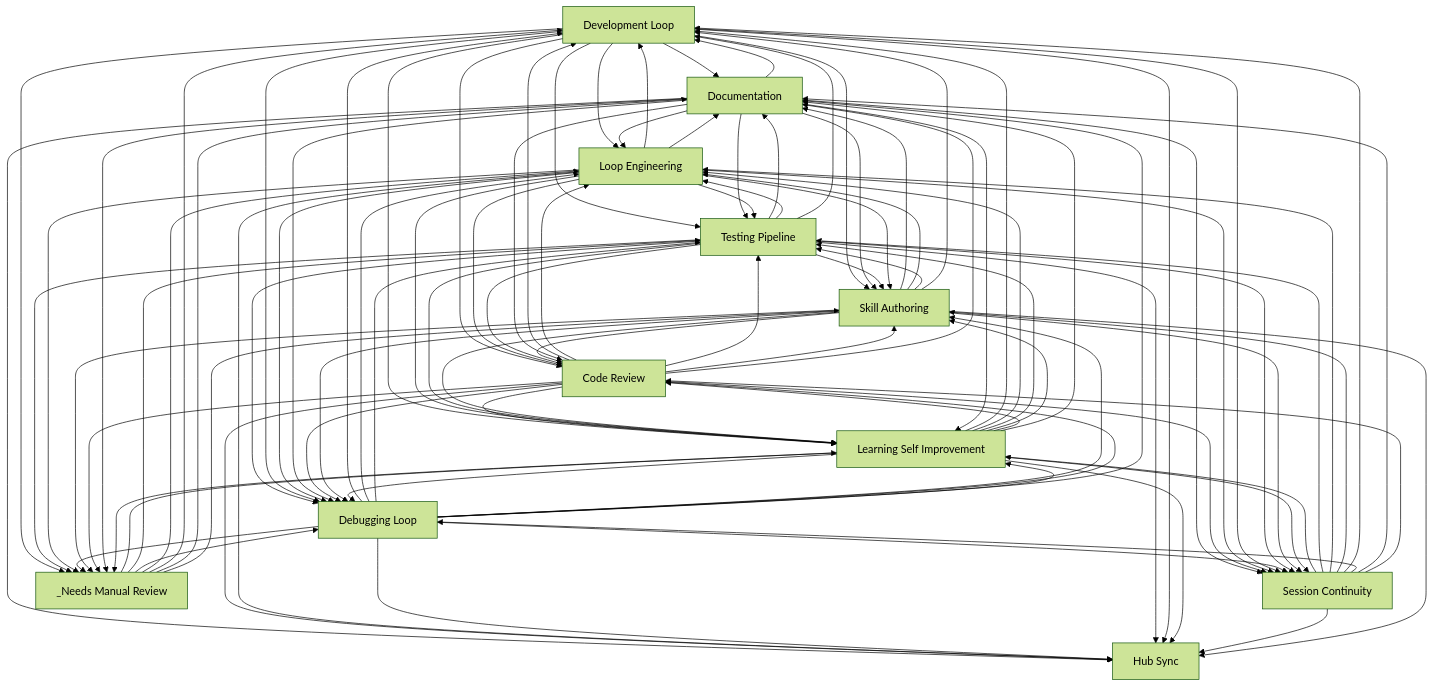
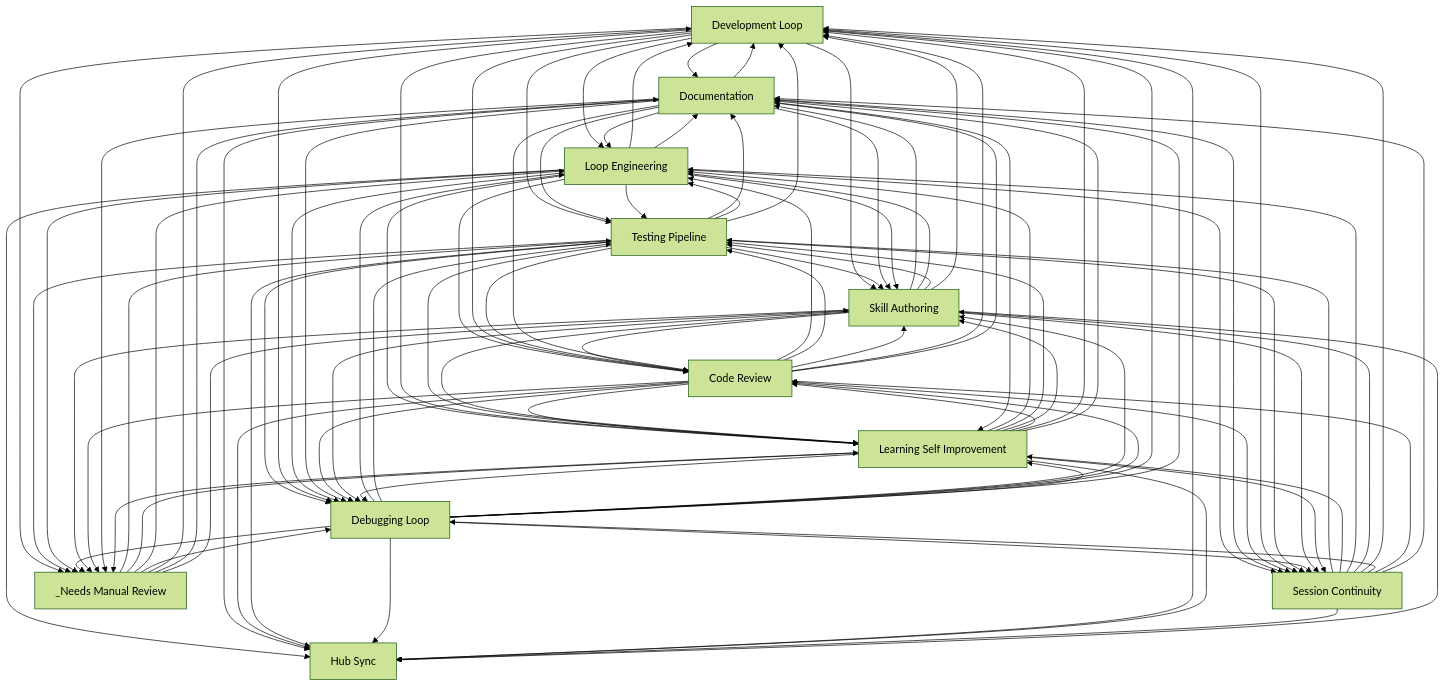
The diagram in docs/workflows/INDEX.md (abhayla/claude-best-practices), drawn with Mermaid (forest theme) before and after one commit. The commit also changed other lines of this file and 13 other files, not shown here.

````diff
--- a/docs/workflows/INDEX.md
+++ b/docs/workflows/INDEX.md
@@ -39,33 +39,33 @@
     development_loop --> loop_engineering
     development_loop --> testing_pipeline
     development_loop --> skill_authoring
+    testing_pipeline --> loop_engineering
+    testing_pipeline --> skill_authoring
     documentation --> loop_engineering
     documentation --> testing_pipeline
     documentation --> skill_authoring
-    testing_pipeline --> loop_engineering
-    testing_pipeline --> skill_authoring
     skill_authoring --> loop_engineering
     skill_authoring --> testing_pipeline
+    loop_engineering --> testing_pipeline
+    loop_engineering --> skill_authoring
+    loop_engineering --> code_review
+    loop_engineering --> development_loop
     development_loop --> code_review
-    code_review --> development_loop
     code_review --> loop_engineering
     code_review --> testing_pipeline
     code_review --> skill_authoring
-    loop_engineering --> development_loop
-    loop_engineering --> testing_pipeline
-    loop_engineering --> skill_authoring
-    loop_engineering --> code_review
+    code_review --> development_loop
+    loop_engineering --> learning_self_improvement
     development_loop --> learning_self_improvement
     code_review --> learning_self_improvement
-    loop_engineering --> learning_self_improvement
     testing_pipeline --> development_loop
     testing_pipeline --> debugging_loop
     testing_pipeline --> code_review
-    debugging_loop --> development_loop
     debugging_loop --> loop_engineering
     debugging_loop --> testing_pipeline
     debugging_loop --> skill_authoring
     debugging_loop --> code_review
+    debugging_loop --> development_loop
     development_loop --> debugging_loop
     documentation --> development_loop
     loop_engineering --> debugging_loop
@@ -79,36 +79,36 @@
     documentation --> debugging_loop
     documentation --> code_review
     code_review --> debugging_loop
+    loop_engineering --> hub_sync
+    loop_engineering --> session_continuity
+    documentation --> hub_sync
     documentation --> learning_self_improvement
     documentation --> session_continuity
-    documentation --> hub_sync
+    code_review --> hub_sync
     code_review --> session_continuity
     code_review --> documentation
-    code_review --> hub_sync
-    loop_engineering --> session_continuity
-    loop_engineering --> hub_sync
+    development_loop --> session_continuity
+    session_continuity --> testing_pipeline
     session_continuity --> learning_self_improvement
-    session_continuity --> testing_pipeline
-    development_loop --> session_continuity
+    _needs_manual_review --> testing_pipeline
     _needs_manual_review --> learning_self_improvement
-    _needs_manual_review --> testing_pipeline
+    testing_pipeline --> session_continuity
     debugging_loop --> learning_self_improvement
     debugging_loop --> session_continuity
-    testing_pipeline --> session_continuity
+    testing_pipeline --> hub_sync
+    debugging_loop --> hub_sync
     debugging_loop --> documentation
-    debugging_loop --> hub_sync
-    testing_pipeline --> hub_sync
     development_loop --> hub_sync
     skill_authoring --> session_continuity
     skill_authoring --> debugging_loop
+    _needs_manual_review --> loop_engineering
     _needs_manual_review --> debugging_loop
-    _needs_manual_review --> loop_engineering
-    learning_self_improvement --> development_loop
     learning_self_improvement --> loop_engineering
     learning_self_improvement --> testing_pipeline
     learning_self_improvement --> debugging_loop
     learning_self_improvement --> skill_authoring
     learning_self_improvement --> code_review
+    learning_self_improvement --> development_loop
     loop_engineering --> _needs_manual_review
     debugging_loop --> _needs_manual_review
     skill_authoring --> _needs_manual_review
@@ -120,13 +120,13 @@
     documentation --> _needs_manual_review
     session_continuity --> loop_engineering
     session_continuity --> skill_authoring
+    learning_self_improvement --> hub_sync
     learning_self_improvement --> documentation
-    learning_self_improvement --> hub_sync
     session_continuity --> development_loop
     session_continuity --> debugging_loop
-    session_continuity --> documentation
     session_continuity --> hub_sync
     session_continuity --> code_review
+    session_continuity --> documentation
     skill_authoring --> hub_sync
     learning_self_improvement --> _needs_manual_review
 ```
````
